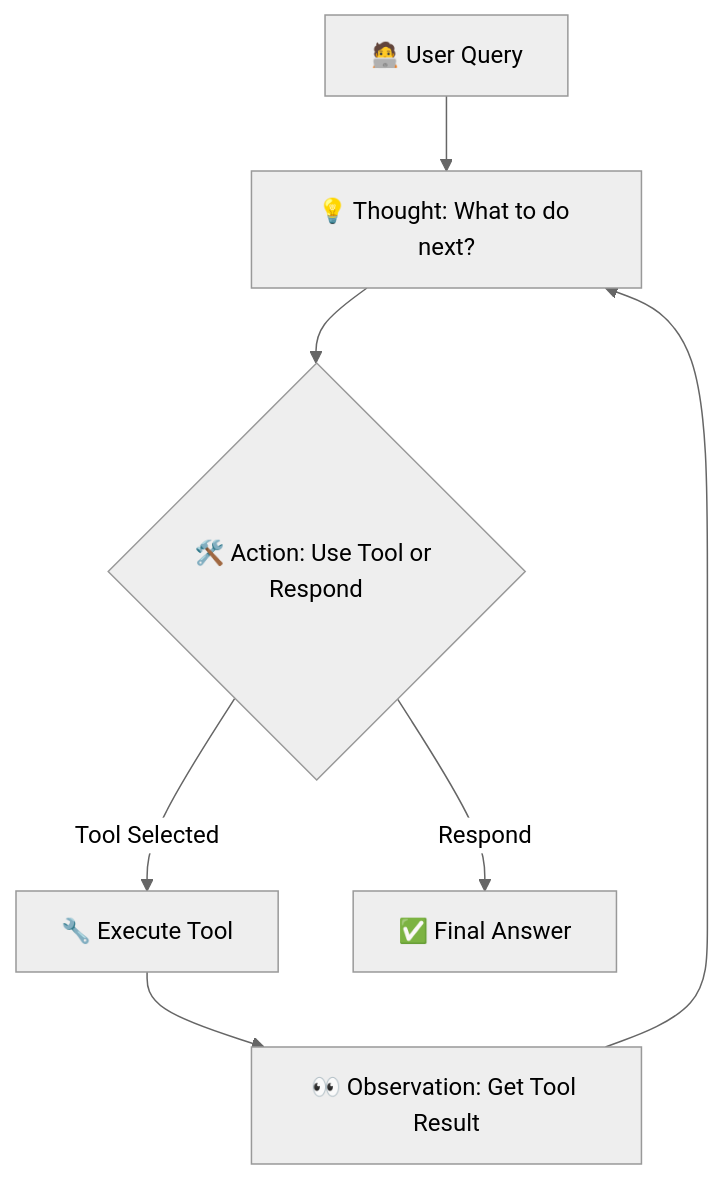
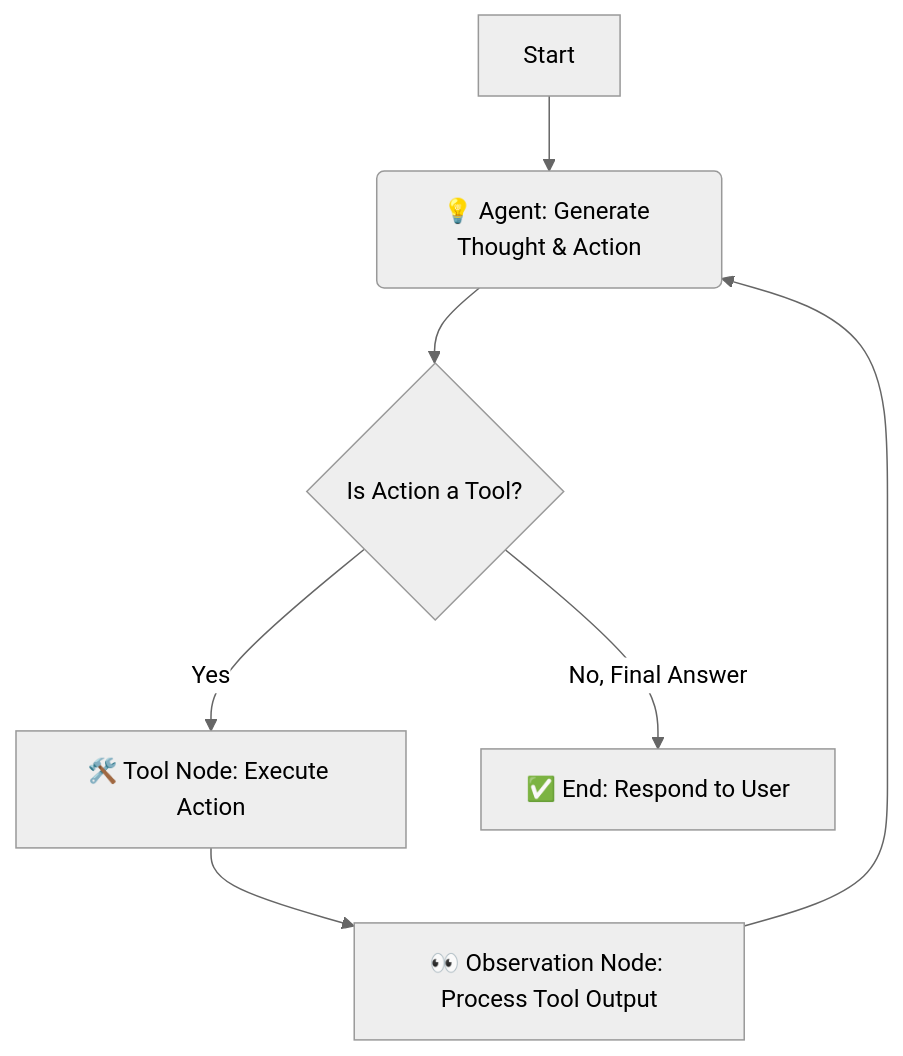
The first of 2 diagrams in ListA/A01/report_A01.md (dpptinh/junior-genai-technical-assessment), drawn with Mermaid (neutral theme) before and after one commit. The commit also changed other lines of this file, not shown here.

````diff
--- a/ListA/A01/report_A01.md
+++ b/ListA/A01/report_A01.md
@@ -379,10 +325,9 @@
-          ```mermaid
-          graph TD
-            U[🧑‍💻 User Query] --> A[💡 Thought: What to do next?];
-            A --> B{🛠️ Action: Use Tool or Respond}
-            B -- Tool Selected --> C[🔧 Execute Tool];
-            C --> D[👀 Observation: Get Tool Result];
-            D --> A;
-            B -- Respond --> E[✅ Final Answer];
-
-          ```
+      ```mermaid
+      graph TD
+        A[Start] --> B(💡 Agent: Generate Thought & Action);
+        B --> C{Is Action a Tool?};
+        C -- Yes --> D[🛠️ Tool Node: Execute Action];
+        D --> E[👀 Observation Node: Process Tool Output];
+        E --> B;
+        C -- No, Final Answer --> F[✅ End: Respond to User];
+      ```
````
